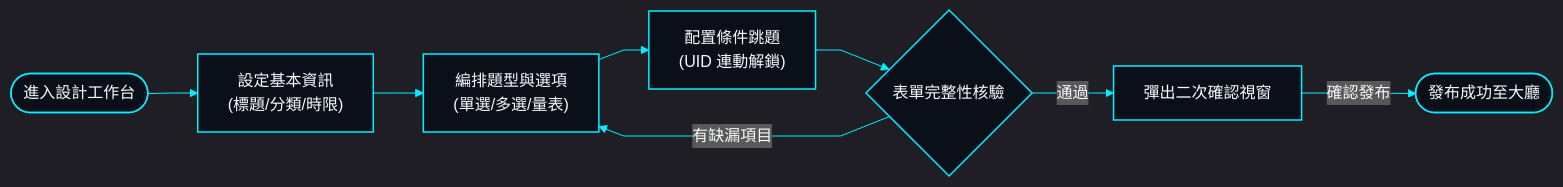
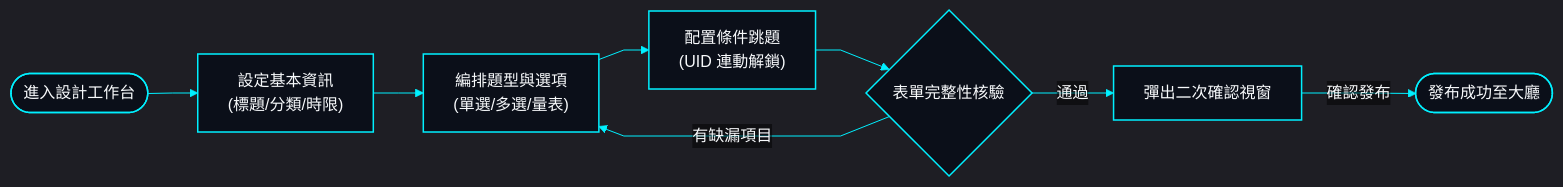
One commit to EricXJason/survey-flow changed the first of 3 diagrams in docs/system-design/05-flowcharts.md. Above: the diagram before and after it, drawn with Mermaid. The commit also changed other lines of this file and 10 other files, not shown here.

Commit message:
chore(release): unify sci-fi hud mermaid diagrams across all docs

````diff
--- a/docs/system-design/05-flowcharts.md
+++ b/docs/system-design/05-flowcharts.md
@@ -10,21 +10,21 @@
 ```mermaid
-%%{init: {'theme': 'dark', 'themeVariables': { 'darkMode': true, 'background': '#030712', 'primaryColor': '#0b0f19', 'primaryTextColor': '#f8fafc', 'primaryBorderColor': '#00f0ff', 'lineColor': '#00f0ff', 'textColor': '#f8fafc' }, 'flowchart': { 'curve': 'linear' } }}%%
+%%{init: {'theme': 'dark', 'themeVariables': { 'darkMode': true, 'background': '#030712', 'primaryColor': '#0b0f19', 'primaryTextColor': '#f8fafc', 'primaryBorderColor': '#00f0ff', 'lineColor': '#00f0ff', 'textColor': '#f8fafc', 'edgeLabelBackground': 'transparent' }, 'themeCSS': '.edgeLabel, .edgeLabel rect, .edgeLabel span, .labelBkg { background: transparent !important; background-color: transparent !important; fill: transparent !important; border: none !important; } .edgeLabel, .edgeLabel span { color: #ffffff !important; fill: #ffffff !important; font-weight: 500 !important; } rect, .node rect, polygon { rx: 0px !important; ry: 0px !important; }', 'flowchart': { 'curve': 'linear' } }}%%
 flowchart LR
     classDef hudCard fill:#0b0f19,stroke:#00f0ff,stroke-width:1.5px,color:#f8fafc,rx:0px,ry:0px;
 
     Start(["進入設計工作台"]):::hudCard
     ConfigMeta["設定基本資訊<br/>(標題/分類/時限)"]:::hudCard
     AddQuestions["編排題型與選項<br/>(單選/多選/量表)"]:::hudCard
     SetUnlockLogic["配置條件跳題<br/>(UID 連動解鎖)"]:::hudCard
     ValidateForm{"表單完整性核驗"}:::hudCard
     ConfirmDialog["彈出二次確認視窗"]:::hudCard
     PublishSuccess(["發布成功至大廳"]):::hudCard
 
     Start --> ConfigMeta
     ConfigMeta --> AddQuestions
     AddQuestions --> SetUnlockLogic
     SetUnlockLogic --> ValidateForm
     ValidateForm -->|"有缺漏項目"| AddQuestions
     ValidateForm -->|"通過"| ConfirmDialog
     ConfirmDialog -->|"確認發布"| PublishSuccess
 ```
````
